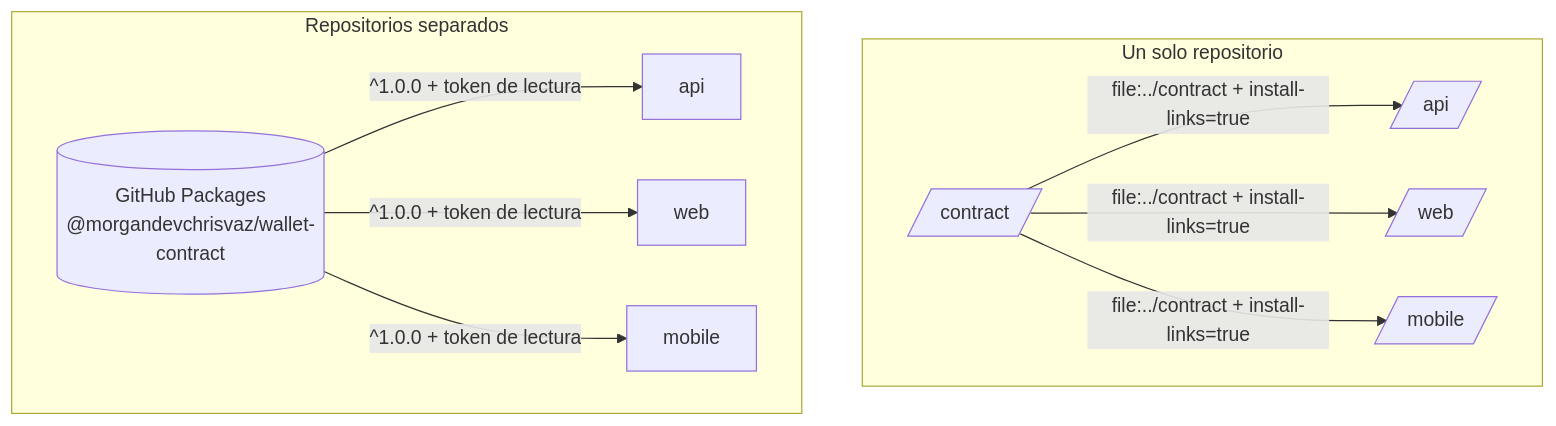
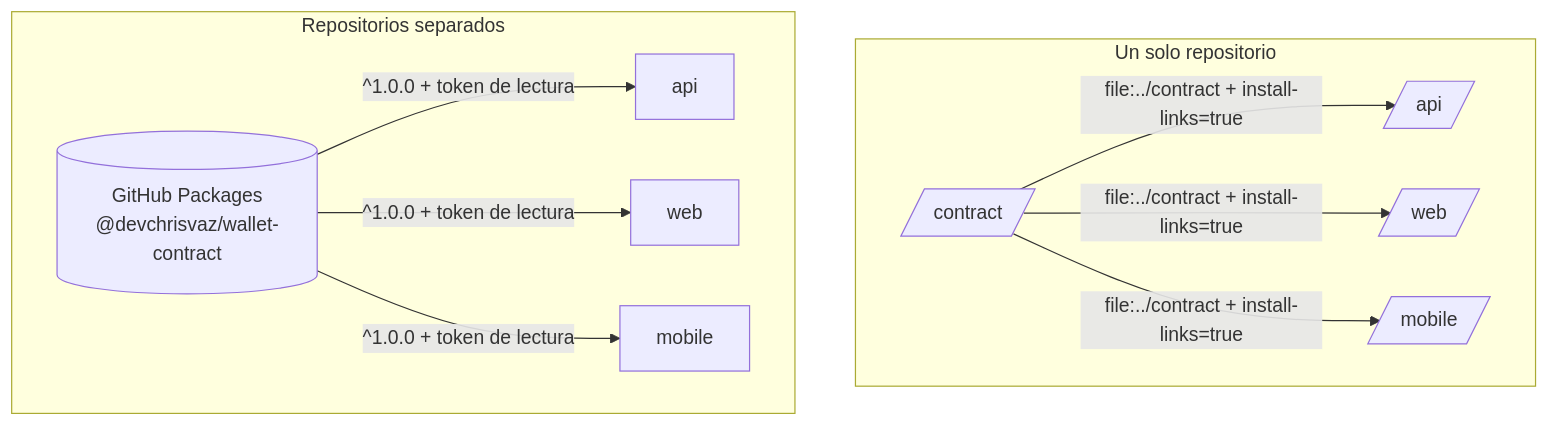
Before and after one commit to DevChrisVaz/Treo_Wallet-Coding-Assignment: the second of 2 diagrams in openspec/changes/contract-v1/design.md, drawn with Mermaid. The commit also changed other lines of this file and 18 other files, not shown here.

First line of the commit message:
fix(contract): rename package scope to @devchrisvaz

````diff
--- a/openspec/changes/contract-v1/design.md
+++ b/openspec/changes/contract-v1/design.md
@@ -81,11 +81,11 @@
 ```mermaid
 flowchart TB
   subgraph Hoy[Un solo repositorio]
     CT[/contract/] -- "file:../contract + install-links=true" --> API[/api/]
     CT -- "file:../contract + install-links=true" --> WEB[/web/]
     CT -- "file:../contract + install-links=true" --> MOB[/mobile/]
   end
   subgraph Futuro[Repositorios separados]
-    GP[(GitHub Packages<br/>@morgandevchrisvaz/wallet-contract)] -- "^1.0.0 + token de lectura" --> API2[api] & WEB2[web] & MOB2[mobile]
+    GP[(GitHub Packages<br/>@devchrisvaz/wallet-contract)] -- "^1.0.0 + token de lectura" --> API2[api] & WEB2[web] & MOB2[mobile]
   end
 ```
````
